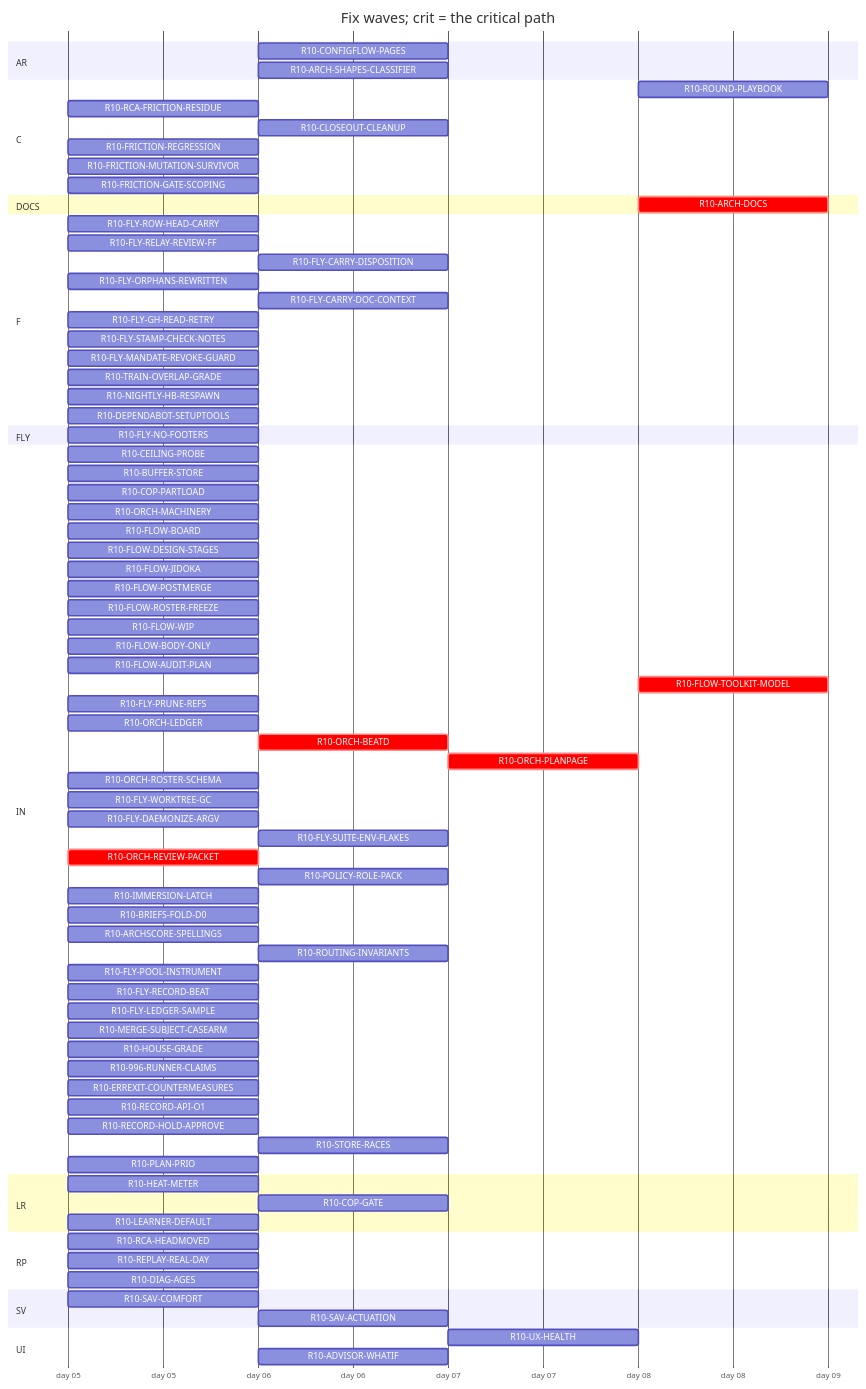
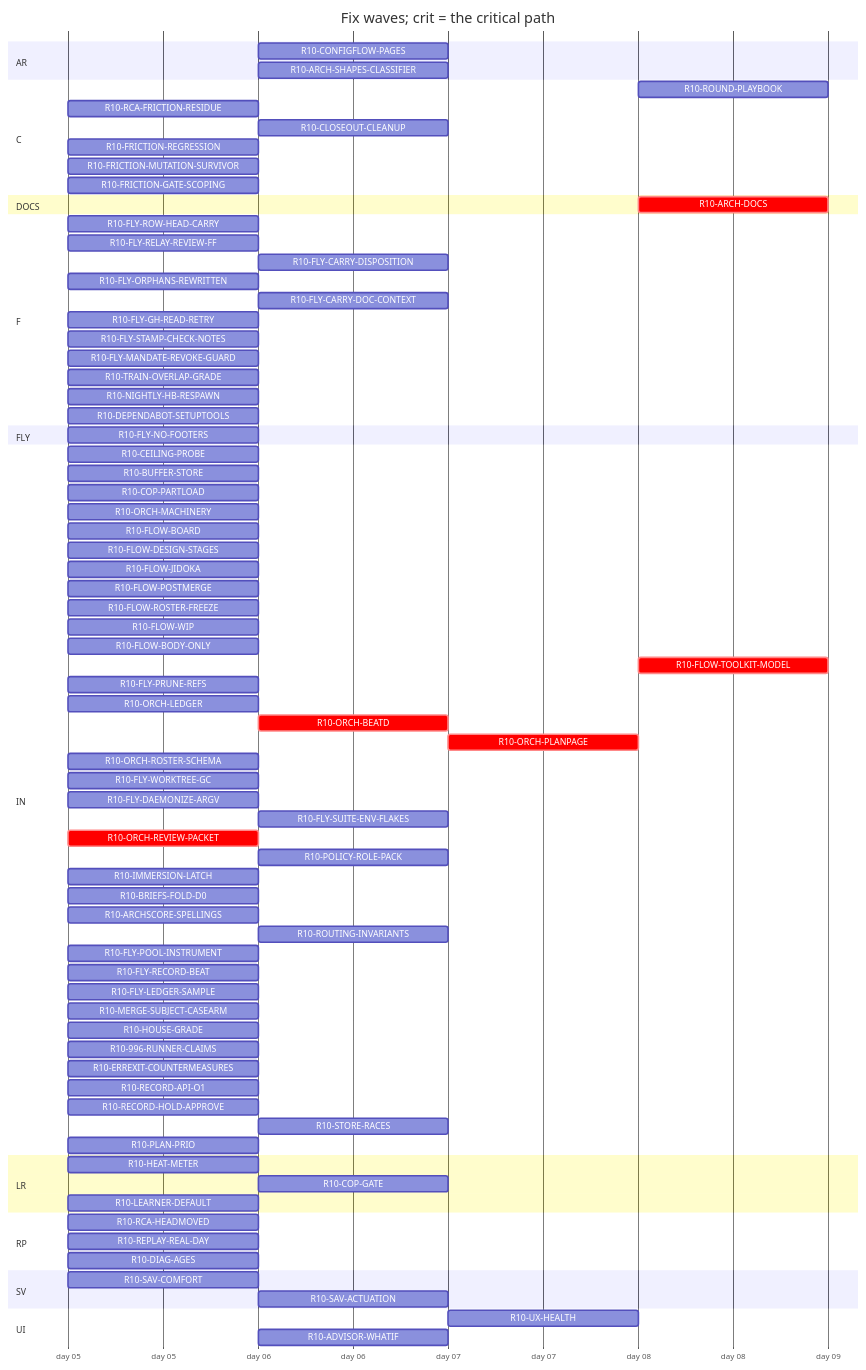
Before and after one commit to tvofi/heatpump_optimizer: the diagram in handoff/round10/state/PLAN-TABLE.md, drawn with Mermaid. The commit also changed other lines of this file and 2 other files, not shown here.

Commit message:
state: NEXT-SESSION-PROMPT.md, PLAN-TABLE.md, RESUME-CURRENT.md regenerated (state_docs.py)

```diff
--- a/handoff/round10/state/PLAN-TABLE.md
+++ b/handoff/round10/state/PLAN-TABLE.md
@@ -29,14 +29,14 @@
     R10-CONFIGFLOW-PAGES :r10CONFIGFLOWPAGES, after r10HEATMETER, 1d
     R10-ARCH-SHAPES-CLASSIFIER :r10ARCHSHAPESCLASSIFIER, after r10996RUNNERCLAIMS, 1d
   section C
-    R10-ROUND-PLAYBOOK :r10ROUNDPLAYBOOK, after r10FLOWAUDITPLAN r10ORCHLEDGER r10ORCHBEATD r10ORCHPLANPAGE r10FLYRELAYREVIEWFF r10FLOWROSTERFREEZE r10FLOWBODYONLY, 1d
+    R10-ROUND-PLAYBOOK :r10ROUNDPLAYBOOK, after r10ORCHLEDGER r10ORCHBEATD r10ORCHPLANPAGE r10FLYRELAYREVIEWFF r10FLOWROSTERFREEZE r10FLOWBODYONLY, 1d
     R10-RCA-FRICTION-RESIDUE :r10RCAFRICTIONRESIDUE, 2026-01-05, 1d
     R10-CLOSEOUT-CLEANUP :r10CLOSEOUTCLEANUP, after r10FLYPRUNEREFS r10FLYWORKTREEGC, 1d
     R10-FRICTION-REGRESSION :r10FRICTIONREGRESSION, 2026-01-05, 1d
     R10-FRICTION-MUTATION-SURVIVOR :r10FRICTIONMUTATIONSURVIVOR, 2026-01-05, 1d
     R10-FRICTION-GATE-SCOPING :r10FRICTIONGATESCOPING, 2026-01-05, 1d
   section DOCS
-    R10-ARCH-DOCS :crit, r10ARCHDOCS, after r10HEATMETER r10COPGATE r10UXHEALTH r10CONFIGFLOWPAGES r10RCAHEADMOVED r10SAVCOMFORT r10CEILINGPROBE r10BUFFERSTORE r10COPPARTLOAD r10LEARNERDEFAULT r10FLOWBOARD r10FLOWDESIGNSTAGES r10FLOWJIDOKA r10FLOWPOSTMERGE r10FLOWROSTERFREEZE r10FLOWWIP r10FLOWBODYONLY r10FLYROWHEADCARRY r10FLOWAUDITPLAN r10FLYRELAYREVIEWFF r10FLYCARRYDISPOSITION r10FLYORPHANSREWRITTEN r10FLYCARRYDOCCONTEXT r10FLOWTOOLKITMODEL r10FLYSTAMPCHECKNOTES r10FLYMANDATEREVOKEGUARD r10RCAFRICTIONRESIDUE r10TRAINOVERLAPGRADE r10NIGHTLYHBRESPAWN r10FLYPRUNEREFS r10ORCHLEDGER r10ORCHBEATD r10ORCHPLANPAGE r10ORCHROSTERSCHEMA r10FLYWORKTREEGC r10FLYDAEMONIZEARGV r10ORCHREVIEWPACKET r10POLICYROLEPACK r10IMMERSIONLATCH r10BRIEFSFOLDD0 r10REPLAYREALDAY r10ARCHSCORESPELLINGS r10SAVACTUATION r10FLYLEDGERSAMPLE, 1d
+    R10-ARCH-DOCS :crit, r10ARCHDOCS, after r10HEATMETER r10COPGATE r10UXHEALTH r10CONFIGFLOWPAGES r10RCAHEADMOVED r10SAVCOMFORT r10CEILINGPROBE r10BUFFERSTORE r10COPPARTLOAD r10LEARNERDEFAULT r10FLOWBOARD r10FLOWDESIGNSTAGES r10FLOWJIDOKA r10FLOWPOSTMERGE r10FLOWROSTERFREEZE r10FLOWWIP r10FLOWBODYONLY r10FLYROWHEADCARRY r10FLYRELAYREVIEWFF r10FLYCARRYDISPOSITION r10FLYORPHANSREWRITTEN r10FLYCARRYDOCCONTEXT r10FLOWTOOLKITMODEL r10FLYSTAMPCHECKNOTES r10FLYMANDATEREVOKEGUARD r10RCAFRICTIONRESIDUE r10TRAINOVERLAPGRADE r10NIGHTLYHBRESPAWN r10FLYPRUNEREFS r10ORCHLEDGER r10ORCHBEATD r10ORCHPLANPAGE r10ORCHROSTERSCHEMA r10FLYWORKTREEGC r10FLYDAEMONIZEARGV r10ORCHREVIEWPACKET r10POLICYROLEPACK r10IMMERSIONLATCH r10BRIEFSFOLDD0 r10REPLAYREALDAY r10ARCHSCORESPELLINGS r10SAVACTUATION r10FLYLEDGERSAMPLE, 1d
   section F
     R10-FLY-ROW-HEAD-CARRY :r10FLYROWHEADCARRY, 2026-01-05, 1d
     R10-FLY-RELAY-REVIEW-FF :r10FLYRELAYREVIEWFF, 2026-01-05, 1d
@@ -63,7 +63,6 @@
     R10-FLOW-ROSTER-FREEZE :r10FLOWROSTERFREEZE, 2026-01-05, 1d
     R10-FLOW-WIP :r10FLOWWIP, 2026-01-05, 1d
     R10-FLOW-BODY-ONLY :r10FLOWBODYONLY, 2026-01-05, 1d
-    R10-FLOW-AUDIT-PLAN :r10FLOWAUDITPLAN, 2026-01-05, 1d
     R10-FLOW-TOOLKIT-MODEL :crit, r10FLOWTOOLKITMODEL, after r10ORCHPLANPAGE, 1d
     R10-FLY-PRUNE-REFS :r10FLYPRUNEREFS, 2026-01-05, 1d
     R10-ORCH-LEDGER :r10ORCHLEDGER, 2026-01-05, 1d
```
